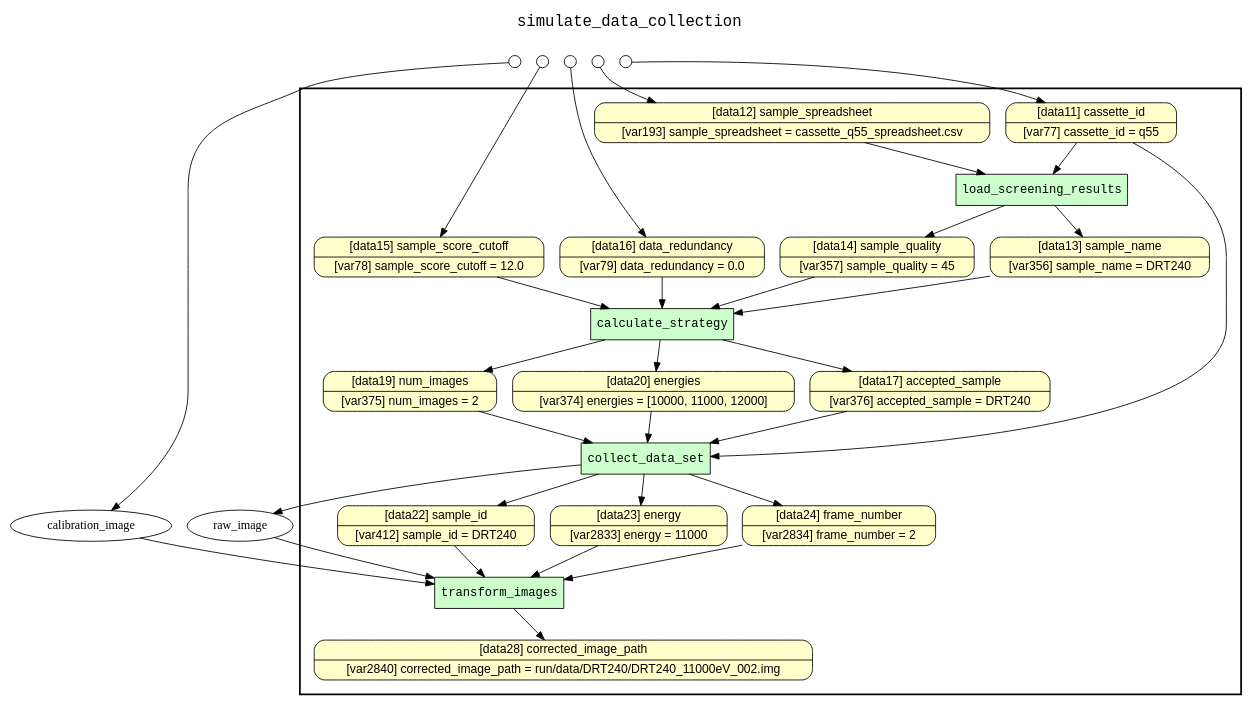
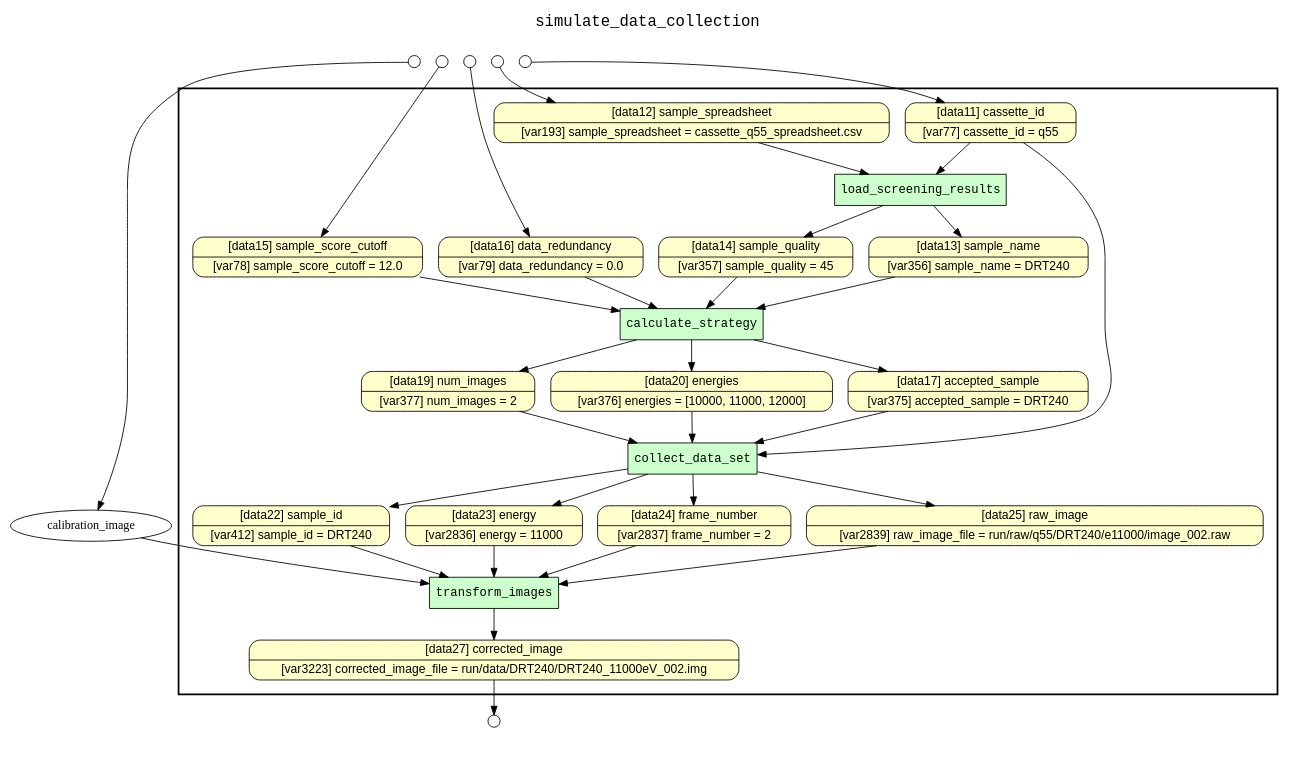
Before and after one commit to yesworkflow-org/yw-noworkflow: the diagram in examples/simulate_data_collection/yw_nw_retrospective_lineage.gv, drawn with Graphviz. The commit also changed 26 other files, not shown here.

```diff
--- a/examples/simulate_data_collection/yw_nw_retrospective_lineage.gv
+++ b/examples/simulate_data_collection/yw_nw_retrospective_lineage.gv
@@ -1,72 +1,75 @@
 
 digraph yw_data_view {
 rankdir=TB
 fontname=Courier; fontsize=18; labelloc=t
 label="simulate_data_collection"
 subgraph cluster_workflow { label=""; color=black; penwidth=2
 subgraph cluster_workflow_inner { label=""; color=white
 node[shape=box style="filled" fillcolor="#CCFFCC" peripheries=1 fontname=Courier]
 collect_data_set
 calculate_strategy
 load_screening_results
 transform_images
 node[shape=box style="filled" fillcolor="#CCFFCC" peripheries=1 fontname=Courier]
 node[shape=box style="rounded,filled" fillcolor="#FFFFCC" peripheries=1 fontname=Helvetica]
 cassette_id [shape=record rankdir=LR label="{<f0> [data11] cassette_id |<f1> [var77] cassette_id = q55}"]
 sample_spreadsheet [shape=record rankdir=LR label="{<f0> [data12] sample_spreadsheet |<f1> [var193] sample_spreadsheet = cassette_q55_spreadsheet.csv}"]
 sample_name [shape=record rankdir=LR label="{<f0> [data13] sample_name |<f1> [var356] sample_name = DRT240}"]
 sample_quality [shape=record rankdir=LR label="{<f0> [data14] sample_quality |<f1> [var357] sample_quality = 45}"]
 sample_score_cutoff [shape=record rankdir=LR label="{<f0> [data15] sample_score_cutoff |<f1> [var78] sample_score_cutoff = 12.0}"]
 data_redundancy [shape=record rankdir=LR label="{<f0> [data16] data_redundancy |<f1> [var79] data_redundancy = 0.0}"]
-accepted_sample [shape=record rankdir=LR label="{<f0> [data17] accepted_sample |<f1> [var376] accepted_sample = DRT240}"]
-num_images [shape=record rankdir=LR label="{<f0> [data19] num_images |<f1> [var375] num_images = 2}"]
-energies [shape=record rankdir=LR label="{<f0> [data20] energies |<f1> [var374] energies = [10000, 11000, 12000]}"]
+accepted_sample [shape=record rankdir=LR label="{<f0> [data17] accepted_sample |<f1> [var375] accepted_sample = DRT240}"]
+num_images [shape=record rankdir=LR label="{<f0> [data19] num_images |<f1> [var377] num_images = 2}"]
+energies [shape=record rankdir=LR label="{<f0> [data20] energies |<f1> [var376] energies = [10000, 11000, 12000]}"]
 sample_id [shape=record rankdir=LR label="{<f0> [data22] sample_id |<f1> [var412] sample_id = DRT240}"]
-energy [shape=record rankdir=LR label="{<f0> [data23] energy |<f1> [var2833] energy = 11000}"]
-frame_number [shape=record rankdir=LR label="{<f0> [data24] frame_number |<f1> [var2834] frame_number = 2}"]
-corrected_image_path [shape=record rankdir=LR label="{<f0> [data28] corrected_image_path |<f1> [var2840] corrected_image_path = run/data/DRT240/DRT240_11000eV_002.img}"]
+energy [shape=record rankdir=LR label="{<f0> [data23] energy |<f1> [var2836] energy = 11000}"]
+frame_number [shape=record rankdir=LR label="{<f0> [data24] frame_number |<f1> [var2837] frame_number = 2}"]
+raw_image [shape=record rankdir=LR label="{<f0> [data25] raw_image |<f1> [var2839] raw_image_file = run/raw/q55/DRT240/e11000/image_002.raw}"]
+corrected_image [shape=record rankdir=LR label="{<f0> [data27] corrected_image |<f1> [var3223] corrected_image_file = run/data/DRT240/DRT240_11000eV_002.img}"]
 }}
 subgraph cluster_inflows { label=""; color=white; penwidth=2
 subgraph cluster_inflows_inner { label=""; color=white
 node[shape=circle fillcolor="#FFFFFF" peripheries=1 width=0.2]
 sample_spreadsheet_inflow [label=""]
 calibration_image_inflow [label=""]
 sample_score_cutoff_inflow [label=""]
 data_redundancy_inflow [label=""]
 cassette_id_inflow [label=""]
 }}
 subgraph cluster_outflows { label=""; color=white; penwidth=2
 subgraph cluster_outflows_inner { label=""; color=white
 node[shape=circle fillcolor="#FFFFFF" peripheries=1 width=0.2]
+corrected_image_outflow [label=""]
 }}
-sample_id -> transform_images
-accepted_sample -> collect_data_set
-data_redundancy -> calculate_strategy
 raw_image -> transform_images
-sample_score_cutoff -> calculate_strategy
 num_images -> collect_data_set
 sample_name -> calculate_strategy
 frame_number -> transform_images
 energy -> transform_images
 energies -> collect_data_set
-calibration_image -> transform_images
 sample_quality -> calculate_strategy
 sample_spreadsheet -> load_screening_results
+calibration_image -> transform_images
+sample_score_cutoff -> calculate_strategy
+data_redundancy -> calculate_strategy
 cassette_id -> collect_data_set
 cassette_id -> load_screening_results
+sample_id -> transform_images
+accepted_sample -> collect_data_set
 load_screening_results -> sample_name
 load_screening_results -> sample_quality
 calculate_strategy -> accepted_sample
 calculate_strategy -> num_images
 calculate_strategy -> energies
 collect_data_set -> sample_id
 collect_data_set -> energy
 collect_data_set -> frame_number
 collect_data_set -> raw_image
-transform_images -> corrected_image_path
+transform_images -> corrected_image
 sample_spreadsheet_inflow -> sample_spreadsheet
 calibration_image_inflow -> calibration_image
 sample_score_cutoff_inflow -> sample_score_cutoff
 data_redundancy_inflow -> data_redundancy
 cassette_id_inflow -> cassette_id
+corrected_image -> corrected_image_outflow
 }
```
